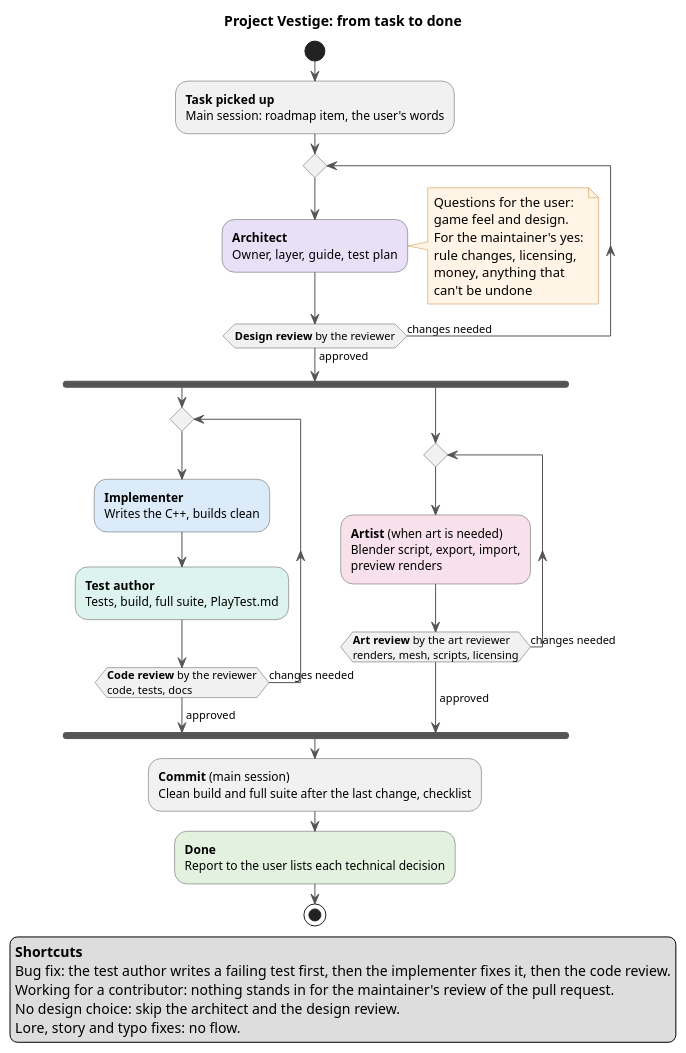
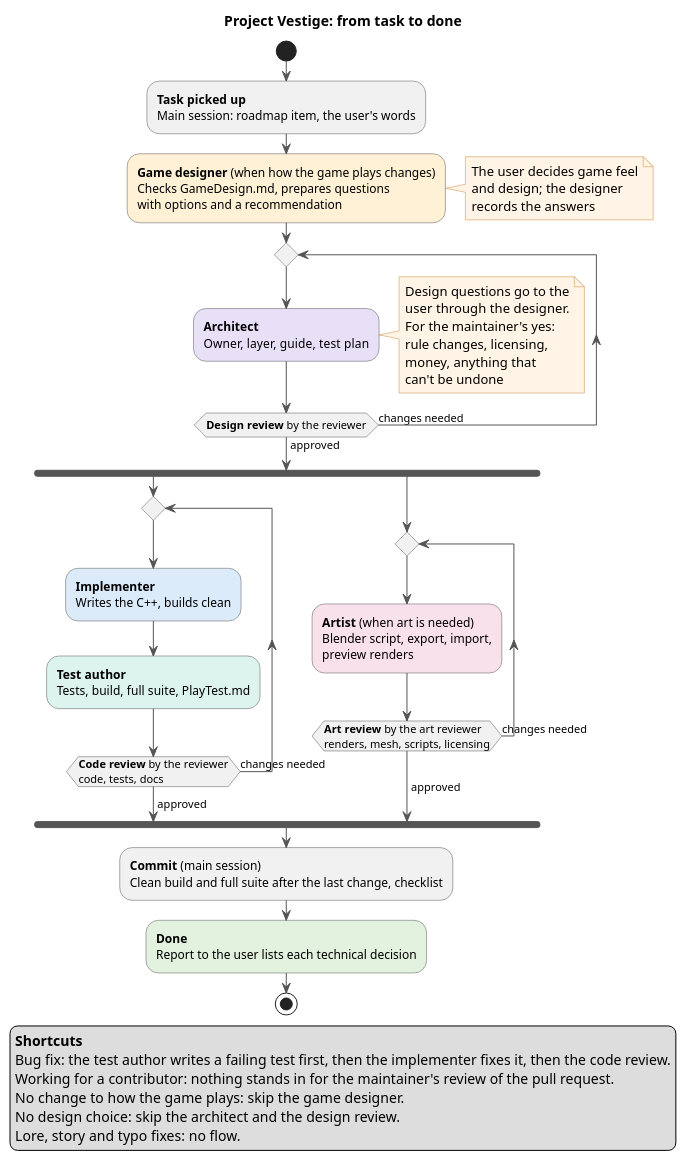
The diagram in .claude/agent-flow.puml (DunderGG/ProjectVestige), drawn with PlantUML before and after one commit. The commit also changed 7 other files, not shown here.

First line of the commit message:
Add a game designer agent as the first step of the workflow

```diff
--- a/.claude/agent-flow.puml
+++ b/.claude/agent-flow.puml
@@ -1,63 +1,73 @@
 @startuml agent-flow
 ' Project Vestige agent flow. The rules behind it are in AGENTS.md, "How work is done".
 ' Render: right-click in VS Code > Preview Current Diagram (PlantUML extension), or
 ' java -jar plantuml.jar -tpng .claude/agent-flow.puml
 skinparam shadowing false
 skinparam defaultFontName Segoe UI
 skinparam ActivityBorderColor #555555
 skinparam ArrowColor #555555
 skinparam NoteBackgroundColor #FFF4E5
 skinparam NoteBorderColor #C98A3A
 
 title Project Vestige: from task to done
 
 start
 :**Task picked up**
 Main session: roadmap item, the user's words;
 
+#FFF1D6:**Game designer** (when how the game plays changes)
+Checks GameDesign.md, prepares questions
+with options and a recommendation;
+note right
+  The user decides game feel
+  and design; the designer
+  records the answers
+end note
+
 repeat
   #E8E0F7:**Architect**
   Owner, layer, guide, test plan;
   note right
-    Questions for the user:
-    game feel and design.
+    Design questions go to the
+    user through the designer.
     For the maintainer's yes:
     rule changes, licensing,
     money, anything that
     can't be undone
   end note
 repeat while (**Design review** by the reviewer) is (changes needed) not (approved)
 
 fork
   repeat
     #DCEBFA:**Implementer**
     Writes the C++, builds clean;
     #DDF3EE:**Test author**
     Tests, build, full suite, PlayTest.md;
   repeat while (**Code review** by the reviewer
 code, tests, docs) is (changes needed)
   ->approved;
 fork again
   repeat
     #F9E1EC:**Artist** (when art is needed)
     Blender script, export, import,
     preview renders;
   repeat while (**Art review** by the art reviewer
 renders, mesh, scripts, licensing) is (changes needed)
   ->approved;
 end fork
 
 :**Commit** (main session)
 Clean build and full suite after the last change, checklist;
 #E2F2DF:**Done**
 Report to the user lists each technical decision;
 stop
 
 legend bottom left
   **Shortcuts**
   Bug fix: the test author writes a failing test first, then the implementer fixes it, then the code review.
   Working for a contributor: nothing stands in for the maintainer's review of the pull request.
+  No change to how the game plays: skip the game designer.
   No design choice: skip the architect and the design review.
   Lore, story and typo fixes: no flow.
 endlegend
 @enduml
```
